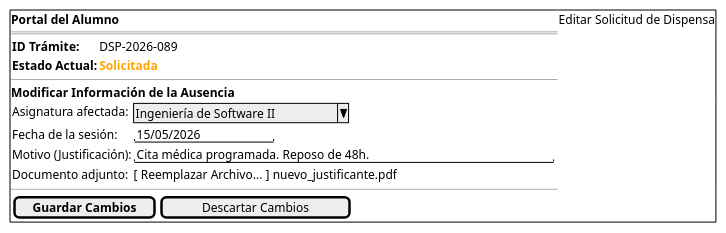
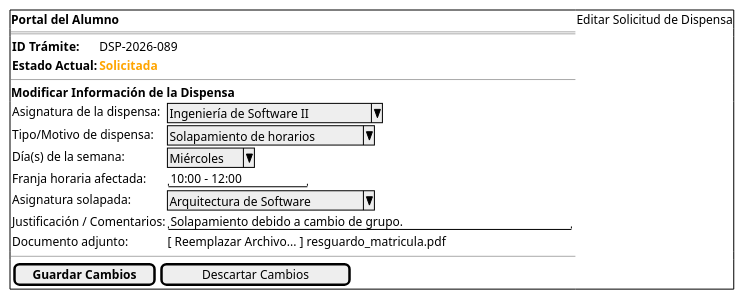
One commit to enmabry/25-26-IdSw1-SdR changed the diagram in documents/CasosDeUso/Prototipos/Alumno/editarSolicitudDispensa.puml. Above: the diagram before and after it, drawn with PlantUML. The commit also changed 43 other files, not shown here.

```diff
--- a/documents/CasosDeUso/Prototipos/Alumno/editarSolicitudDispensa.puml
+++ b/documents/CasosDeUso/Prototipos/Alumno/editarSolicitudDispensa.puml
@@ -1,22 +1,25 @@
 @startsalt
 {+
   <b>Portal del Alumno | Editar Solicitud de Dispensa
   ==
   {
     <b>ID Trámite: | DSP-2026-089
     <b>Estado Actual: | <b><color:orange>Solicitada</color>
   }
   --
-  <b>Modificar Información de la Ausencia
+  <b>Modificar Información de la Dispensa
   {
-    Asignatura afectada: | ^Ingeniería de Software II^
-    Fecha de la sesión:  | "15/05/2026       "
-    Motivo (Justificación): | "Cita médica programada. Reposo de 48h.              "
-    Documento adjunto:   | [ Reemplazar Archivo... ] nuevo_justificante.pdf
+    Asignatura de la dispensa: | ^Ingeniería de Software II^
+    Tipo/Motivo de dispensa:   | ^Solapamiento de horarios^
+    Día(s) de la semana:       | ^Miércoles^
+    Franja horaria afectada:   | "10:00 - 12:00    "
+    Asignatura solapada:       | ^Arquitectura de Software^
+    Justificación / Comentarios:| "Solapamiento debido a cambio de grupo.            "
+    Documento adjunto:         | [ Reemplazar Archivo... ] resguardo_matricula.pdf
   }
   --
   {
     [ <b>Guardar Cambios</b> ] | [   Descartar Cambios   ]
   }
 }
 @endsalt
```
